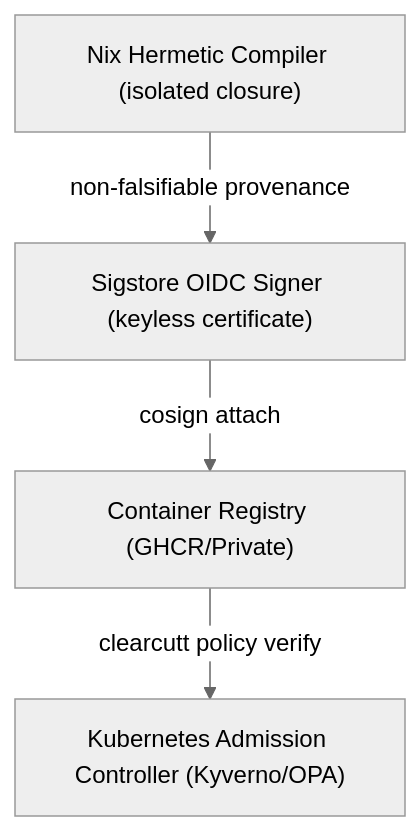
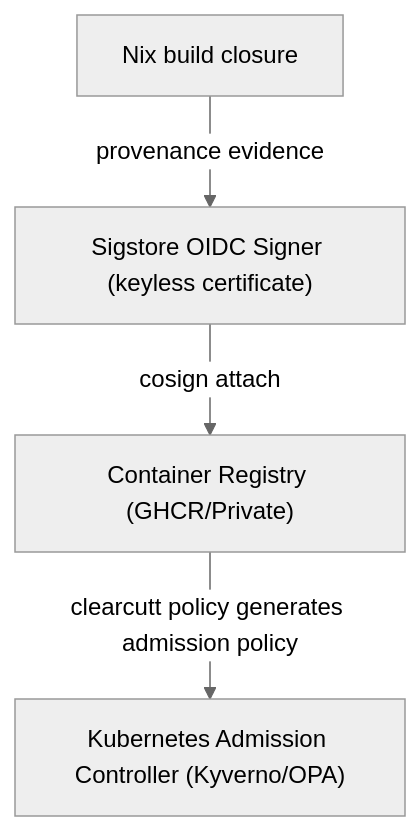
One commit to northcutted/clearcutt changed the diagram in docs/security-model.md. Above: the diagram before and after it, drawn with Mermaid (neutral theme). The commit also changed other lines of this file and 213 other files, not shown here.

````diff
--- a/docs/security-model.md
+++ b/docs/security-model.md
@@ -19,6 +24,6 @@
 ```mermaid
 graph TD
-    A["Nix Hermetic Compiler (isolated closure)"] -->|non-falsifiable provenance| B["Sigstore OIDC Signer (keyless certificate)"]
+    A["Nix build closure"] -->|provenance evidence| B["Sigstore OIDC Signer (keyless certificate)"]
     B -->|cosign attach| C["Container Registry (GHCR/Private)"]
-    C -->|clearcutt policy verify| D["Kubernetes Admission Controller (Kyverno/OPA)"]
+    C -->|clearcutt policy generates admission policy| D["Kubernetes Admission Controller (Kyverno/OPA)"]
 ```
````
